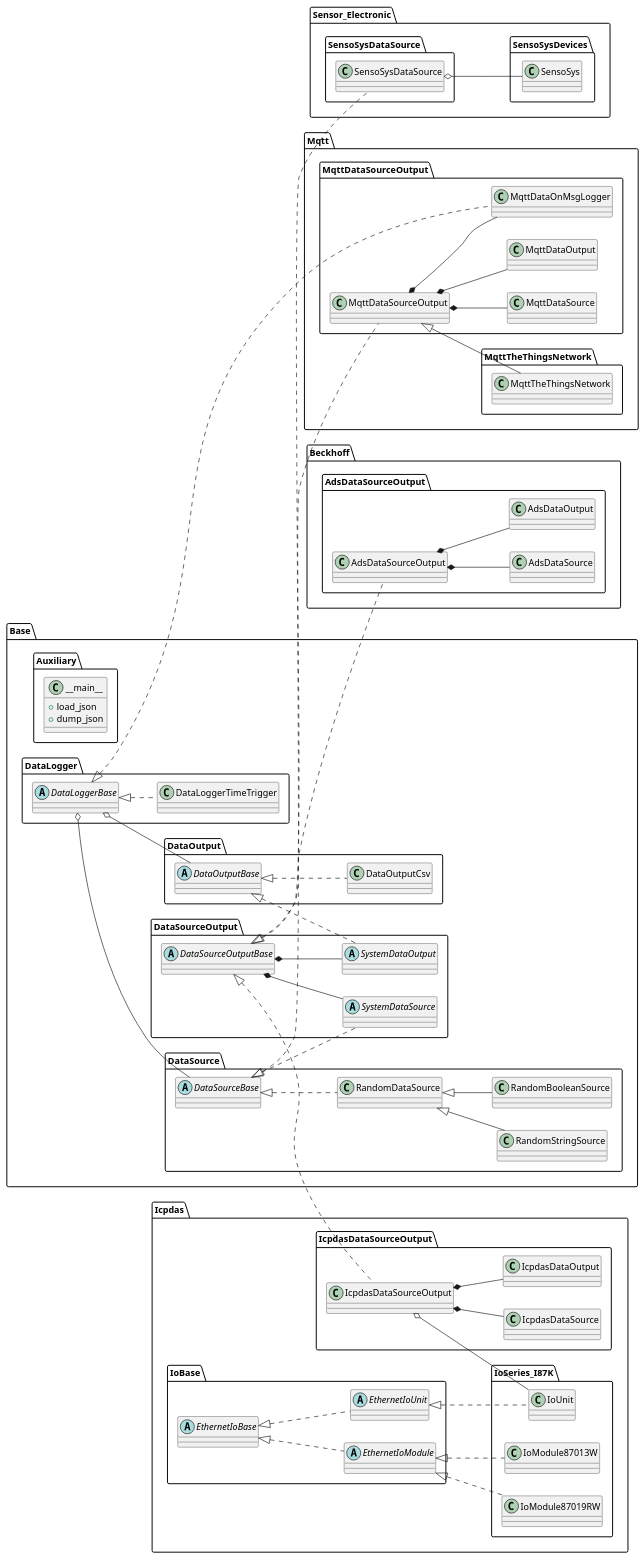
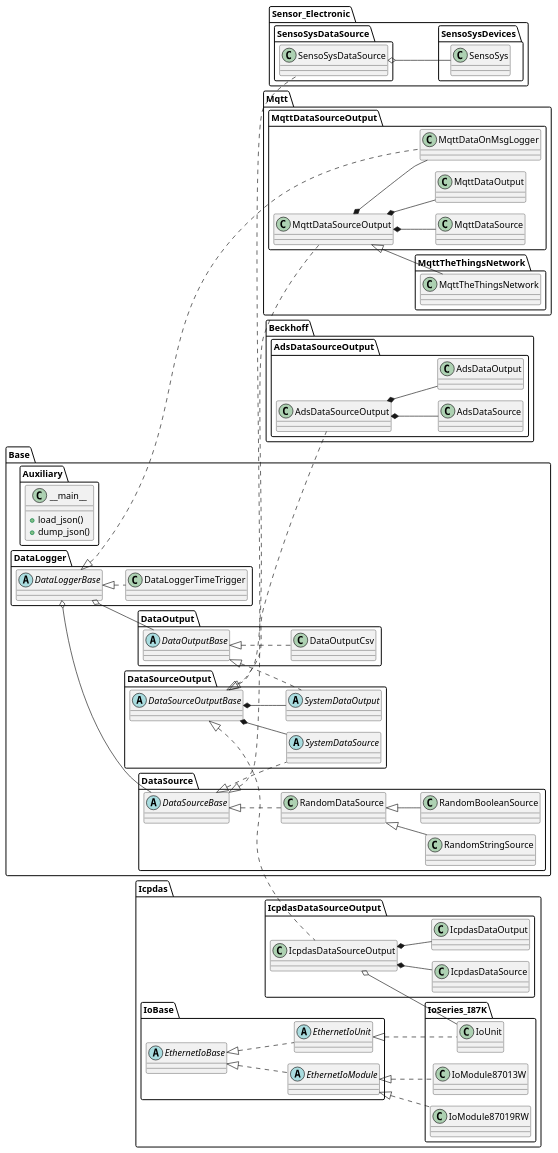
One commit to RWTH-EBC/EBC_Measurements changed the diagram in docs/uml/ClsDiag_ebcmeasurements.puml. Above: the diagram before and after it, drawn with PlantUML. The commit also changed 6 other files, not shown here.

```diff
--- a/docs/uml/ClsDiag_ebcmeasurements.puml
+++ b/docs/uml/ClsDiag_ebcmeasurements.puml
@@ -1,92 +1,93 @@
 @startuml
+!pragma layout smetana
 left to right direction
 
 package Base{}
 package Base.Auxiliary{
     class __main__{
-        + load_json
-        + dump_json
+        + load_json()
+        + dump_json()
     }
 }
 package Base.DataLogger{
     abstract class DataLoggerBase
     class DataLoggerTimeTrigger implements DataLoggerBase
 
     DataLoggerBase o-- Base.DataSource.DataSourceBase
     DataLoggerBase o-- Base.DataOutput.DataOutputBase
 }
 package Base.DataOutput{
     abstract class DataOutputBase
     class DataOutputCsv implements DataOutputBase
 }
 package Base.DataSource{
     abstract class DataSourceBase
     class RandomDataSource implements DataSourceBase
     class RandomStringSource extends RandomDataSource
     class RandomBooleanSource extends RandomDataSource
 }
 package Base.DataSourceOutput{
     abstract class DataSourceOutputBase
     abstract class SystemDataSource implements Base.DataSource.DataSourceBase
     abstract class SystemDataOutput implements Base.DataOutput.DataOutputBase
 
     DataSourceOutputBase *-- SystemDataSource
     DataSourceOutputBase *-- SystemDataOutput
 }
 
 package Beckhoff{}
 package Beckhoff.AdsDataSourceOutput{
     class AdsDataSourceOutput implements Base.DataSourceOutput.DataSourceOutputBase
     class AdsDataSource implements Base.DataSourceOutput.DataSourceOutputBase.SystemDataSource
     class AdsDataOutput implements Base.DataSourceOutput.DataSourceOutputBase.SystemDataOutput
 
     AdsDataSourceOutput *-- AdsDataSource
     AdsDataSourceOutput *-- AdsDataOutput
 }
 
 package Icpdas{}
 package Icpdas.IcpdasDataSourceOutput{
     class IcpdasDataSourceOutput implements Base.DataSourceOutput.DataSourceOutputBase
     class IcpdasDataSource implements Base.DataSourceOutput.DataSourceOutputBase.SystemDataSource
     class IcpdasDataOutput implements Base.DataSourceOutput.DataSourceOutputBase.SystemDataOutput
 
     IcpdasDataSourceOutput *-- IcpdasDataSource
     IcpdasDataSourceOutput *-- IcpdasDataOutput
     IcpdasDataSourceOutput o-- Icpdas.IoSeries_I87K.IoUnit
 }
 package Icpdas.IoBase{
     abstract class EthernetIoBase
     abstract class EthernetIoUnit implements EthernetIoBase
     abstract class EthernetIoModule implements EthernetIoBase
 }
 package Icpdas.IoSeries_I87K{
     class IoUnit implements Icpdas.IoBase.EthernetIoUnit
     class IoModule87013W implements Icpdas.IoBase.EthernetIoModule
     class IoModule87019RW implements Icpdas.IoBase.EthernetIoModule
 }
 
 package Mqtt{}
 package Mqtt.MqttDataSourceOutput{
     class MqttDataSourceOutput implements Base.DataSourceOutput.DataSourceOutputBase
     class MqttDataSource implements Base.DataSourceOutput.DataSourceOutputBase.SystemDataSource
     class MqttDataOutput implements Base.DataSourceOutput.DataSourceOutputBase.SystemDataOutput
     class MqttDataOnMsgLogger implements Base.DataLogger.DataLoggerBase
 
     MqttDataSourceOutput *-- MqttDataSource
     MqttDataSourceOutput *-- MqttDataOutput
     MqttDataSourceOutput *-- MqttDataOnMsgLogger
 }
 package Mqtt.MqttTheThingsNetwork{
     class MqttTheThingsNetwork extends Mqtt.MqttDataSourceOutput.MqttDataSourceOutput
 }
 
 package Sensor_Electronic{}
 package Sensor_Electronic.SensoSysDataSource{
     class SensoSysDataSource implements Base.DataSource.DataSourceBase
 
     SensoSysDataSource o-- Sensor_Electronic.SensoSysDevices.SensoSys
 }
 package Sensor_Electronic.SensoSysDevices{
     class SensoSys
 }
 @enduml
```
